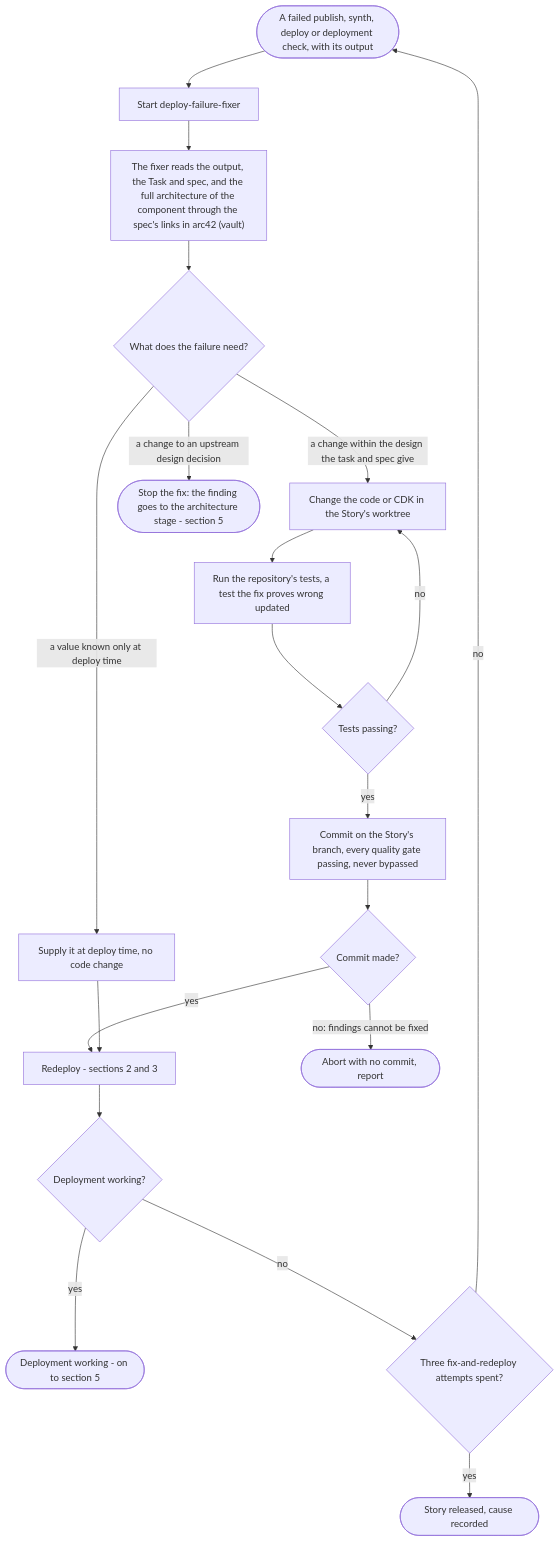
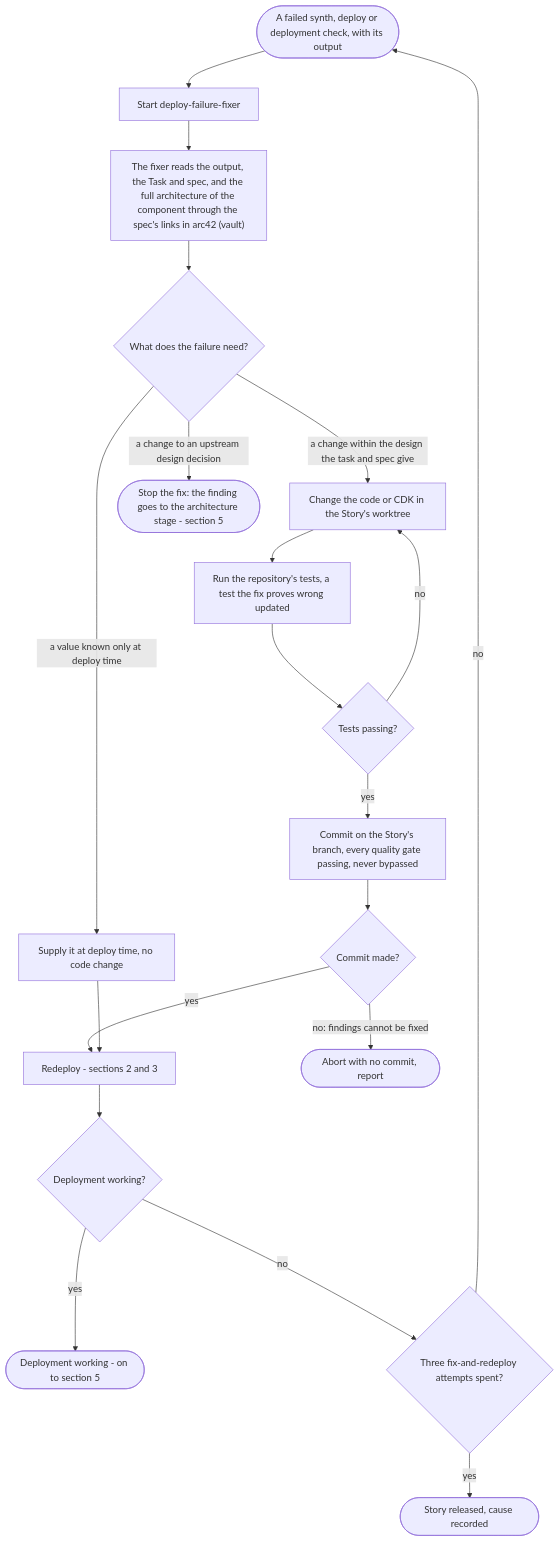
The fourth of 9 diagrams in plugins/agent-teams-workforce/blueprint/design/pipelines-deploy.md (mark-satterfield/toolset), drawn with Mermaid before and after one commit. The commit also changed other lines of this file and 18 other files, not shown here.

````diff
--- a/plugins/agent-teams-workforce/blueprint/design/pipelines-deploy.md
+++ b/plugins/agent-teams-workforce/blueprint/design/pipelines-deploy.md
@@ -316,22 +270,22 @@
 ```mermaid
 flowchart TD
-    in(["A failed publish, synth, deploy or deployment check, with its output"]) --> who["Start deploy-failure-fixer"]
+    in(["A failed synth, deploy or deployment check, with its output"]) --> who["Start deploy-failure-fixer"]
     who --> ctx["The fixer reads the output, the Task and spec, and the full architecture of the component through the spec's links in arc42 (vault)"]
     ctx --> cause{"What does the failure need?"}
     cause -->|"a change within the design the task and spec give"| change["Change the code or CDK in the Story's worktree"]
     cause -->|"a change to an upstream design decision"| design(["Stop the fix: the finding goes to the architecture stage - section 5"])
     cause -->|"a value known only at deploy time"| dt["Supply it at deploy time, no code change"]
     change --> tests["Run the repository's tests, a test the fix proves wrong updated"]
     tests --> green{"Tests passing?"}
     green -->|"no"| change
     green -->|"yes"| commit["Commit on the Story's branch, every quality gate passing, never bypassed"]
     commit --> gate{"Commit made?"}
     gate -->|"yes"| redeploy["Redeploy - sections 2 and 3"]
     gate -->|"no: findings cannot be fixed"| abort(["Abort with no commit, report"])
     dt --> redeploy
     redeploy --> rd{"Deployment working?"}
     rd -->|"yes"| okEnd(["Deployment working - on to section 5"])
     rd -->|"no"| att{"Three fix-and-redeploy attempts spent?"}
     att -->|"no"| in
     att -->|"yes"| released(["Story released, cause recorded"])
 ```
````
